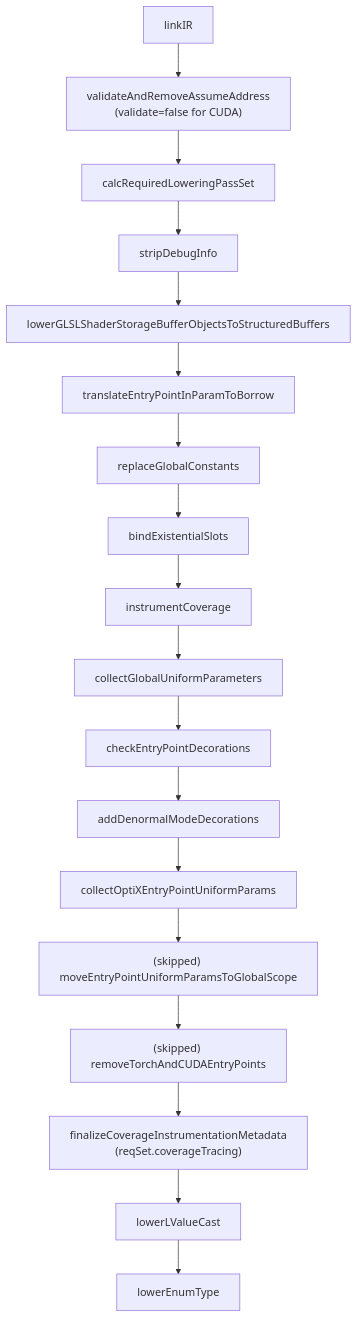
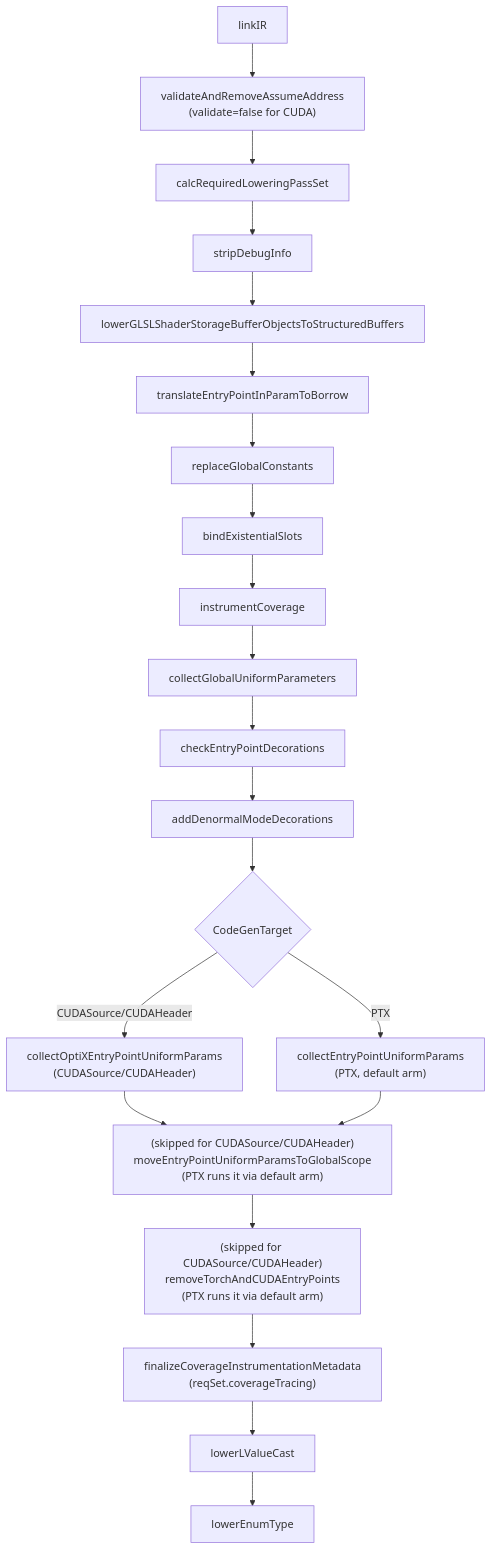
One commit to shader-slang/slang changed the second of 5 diagrams in docs/generated/design/target-pipelines/cuda.md. Above: the diagram before and after it, drawn with Mermaid. The commit also changed other lines of this file and 143 other files, not shown here.

````diff
--- a/docs/generated/design/target-pipelines/cuda.md
+++ b/docs/generated/design/target-pipelines/cuda.md
@@ -105,23 +111,28 @@
 ```mermaid
 flowchart TD
   linkIRn[linkIR]
   vaaaCuda["validateAndRemoveAssumeAddress<br/>(validate=false for CUDA)"]
   reqSet1[calcRequiredLoweringPassSet]
   stripDI[stripDebugInfo]
   ssbo[lowerGLSLShaderStorageBufferObjectsToStructuredBuffers]
   tEPInBorrow[translateEntryPointInParamToBorrow]
   rGC[replaceGlobalConstants]
   bES[bindExistentialSlots]
   iC[instrumentCoverage]
   cGUP[collectGlobalUniformParameters]
   cEPD[checkEntryPointDecorations]
   aDMD[addDenormalModeDecorations]
-  cOEPUP[collectOptiXEntryPointUniformParams]
-  skip_mEPUP["(skipped) moveEntryPointUniformParamsToGlobalScope"]
-  skip_rTCEP["(skipped) removeTorchAndCUDAEntryPoints"]
+  epuSwitch{"CodeGenTarget"}
+  cOEPUP["collectOptiXEntryPointUniformParams<br/>(CUDASource/CUDAHeader)"]
+  cEPUP_ptx["collectEntryPointUniformParams<br/>(PTX, default arm)"]
+  skip_mEPUP["(skipped for CUDASource/CUDAHeader)<br/>moveEntryPointUniformParamsToGlobalScope<br/>(PTX runs it via default arm)"]
+  skip_rTCEP["(skipped for CUDASource/CUDAHeader)<br/>removeTorchAndCUDAEntryPoints<br/>(PTX runs it via default arm)"]
   fCIM["finalizeCoverageInstrumentationMetadata<br/>(reqSet.coverageTracing)"]
   lLVC[lowerLValueCast]
   lET[lowerEnumType]
 
-  linkIRn --> vaaaCuda --> reqSet1 --> stripDI --> ssbo --> tEPInBorrow --> rGC --> bES --> iC --> cGUP --> cEPD --> aDMD --> cOEPUP --> skip_mEPUP --> skip_rTCEP --> fCIM --> lLVC --> lET
+  linkIRn --> vaaaCuda --> reqSet1 --> stripDI --> ssbo --> tEPInBorrow --> rGC --> bES --> iC --> cGUP --> cEPD --> aDMD --> epuSwitch
+  epuSwitch -->|"CUDASource/CUDAHeader"| cOEPUP --> skip_mEPUP
+  epuSwitch -->|PTX| cEPUP_ptx --> skip_mEPUP
+  skip_mEPUP --> skip_rTCEP --> fCIM --> lLVC --> lET
 ```
````
